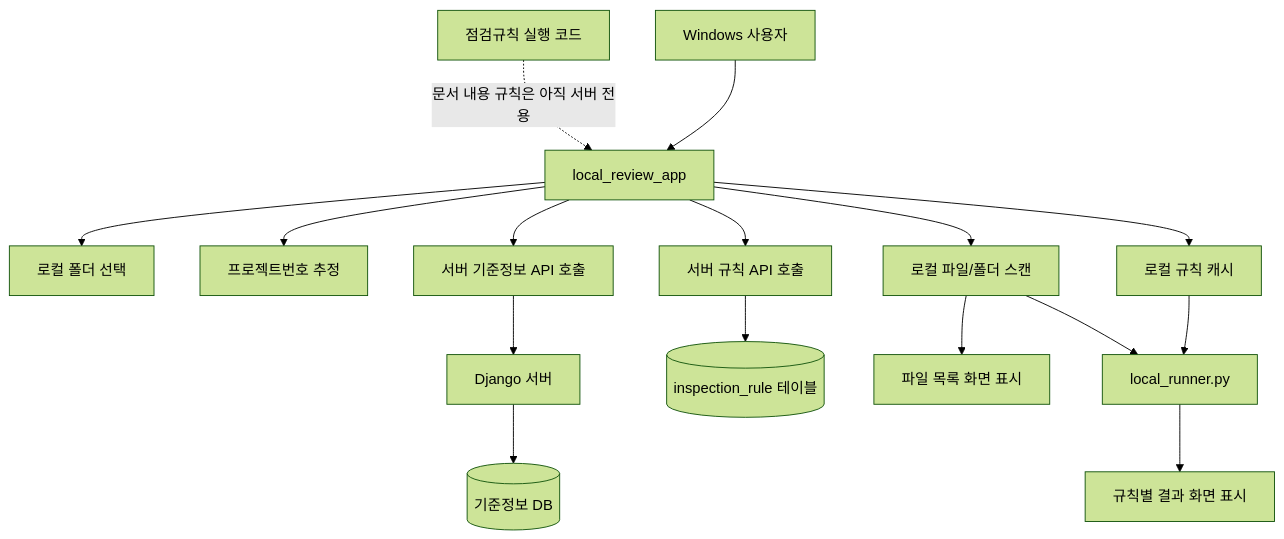
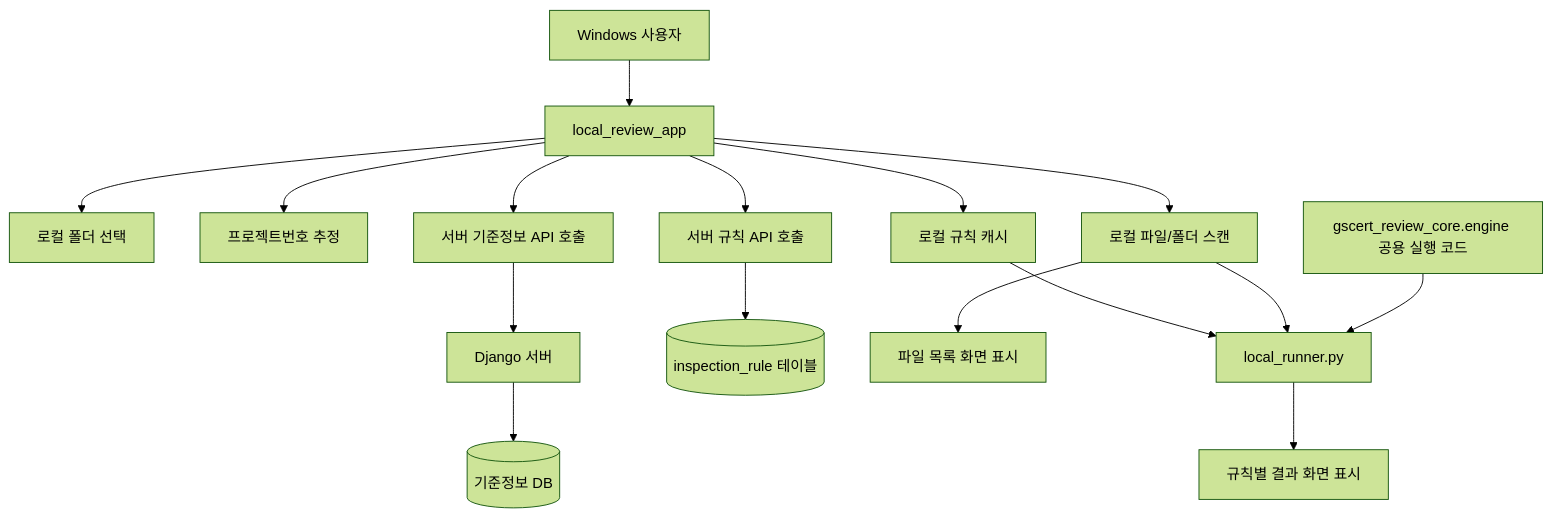
Before and after one commit to TTAJihoon/GSCert: the second of 6 diagrams in main/docs/26_rulebase_shared_architecture.md, drawn with Mermaid (forest theme). The commit also changed other lines of this file and 3 other files, not shown here.

````diff
--- a/main/docs/26_rulebase_shared_architecture.md
+++ b/main/docs/26_rulebase_shared_architecture.md
@@ -58,21 +58,21 @@
 ```mermaid
 flowchart TD
     User[Windows 사용자] --> App[local_review_app]
     App --> FolderSelect[로컬 폴더 선택]
     App --> InferProject[프로젝트번호 추정]
     App --> MetadataAPI[서버 기준정보 API 호출]
     MetadataAPI --> Server[Django 서버]
     Server --> ReferenceDB[(기준정보 DB)]
     App --> RuleAPI[서버 규칙 API 호출]
     RuleAPI --> RuleDB[(inspection_rule 테이블)]
     App --> Cache[로컬 규칙 캐시]
     App --> Scanner[로컬 파일/폴더 스캔]
     Scanner --> FileTable[파일 목록 화면 표시]
     Cache --> LocalRunner[local_runner.py]
     Scanner --> LocalRunner
     LocalRunner --> ResultTable[규칙별 결과 화면 표시]
 
-    RuleCode[점검규칙 실행 코드]
+    RuleCode[gscert_review_core.engine 공용 실행 코드]
 
-    RuleCode -. 문서 내용 규칙은 아직 서버 전용 .-> App
+    RuleCode --> LocalRunner
 ```
````
